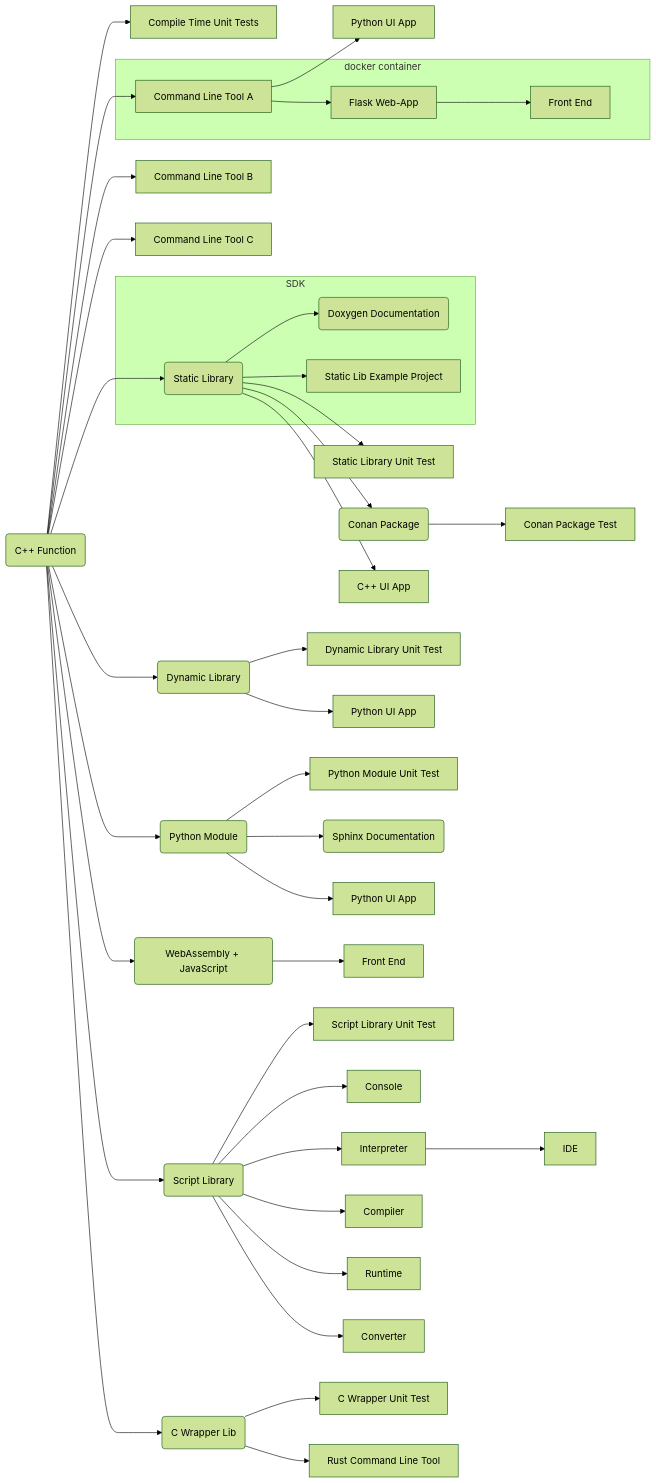
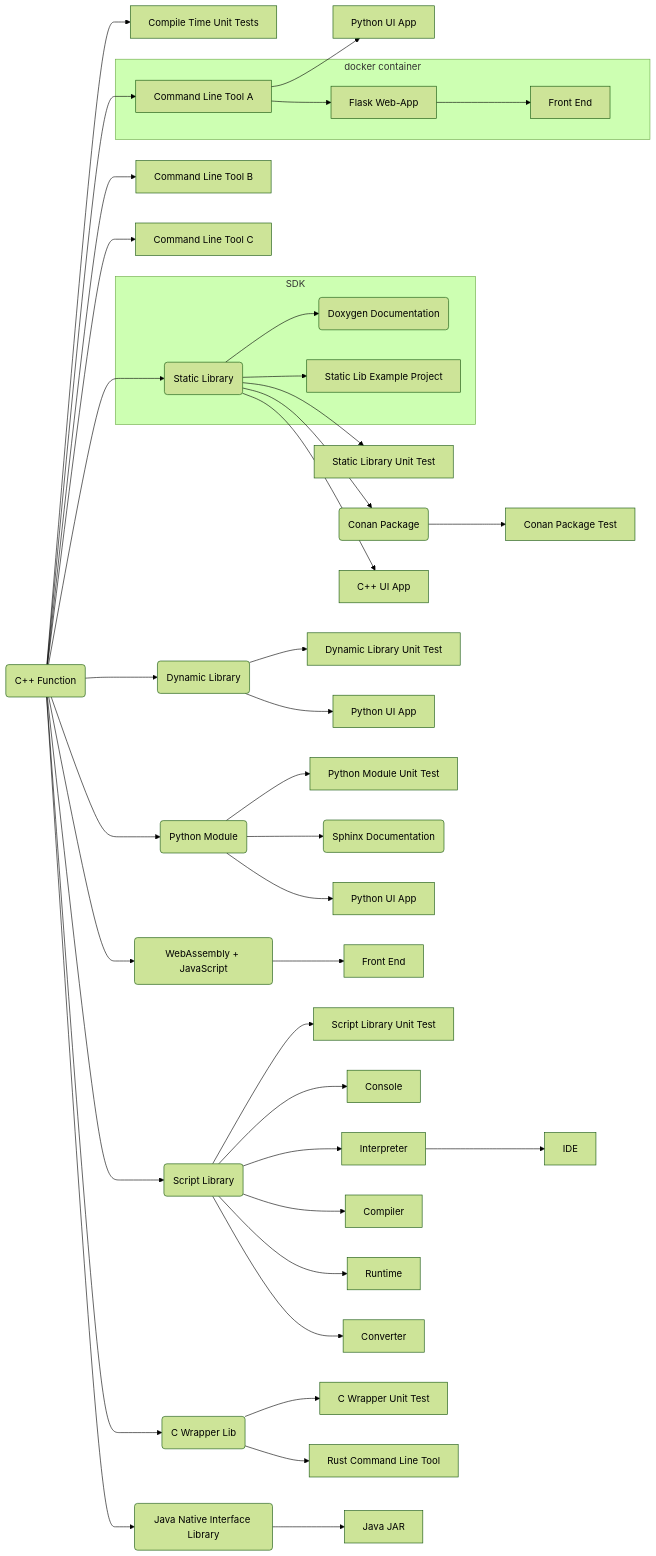
Before and after one commit to SebastianBach/full-stack: the diagram in README.md, drawn with Mermaid (forest theme). The commit also changed other lines of this file and 9 other files, not shown here.

````diff
--- a/README.md
+++ b/README.md
@@ -47,58 +49,61 @@
 ```mermaid
   flowchart LR;
 
     F(C++ Function) --> CUT[Compile Time Unit Tests];
 
     F --> CLI1[Command Line Tool A]
     F --> CLI2[Command Line Tool B]
     F --> CLI3[Command Line Tool C]
 
     CLI1 --> PYAPP2[Python UI App]
 
     F --> LIB(Static Library)
     
     subgraph SDK
     LIB --> DOXYGEN(Doxygen Documentation)
     LIB --> LIBEX[Static Lib Example Project]
     end
 
     LIB --> LIBTEST[Static Library Unit Test]
     LIB --> C(Conan Package)
 
     LIB --> QTCPP[C++ UI App]
 
     F --> DLL(Dynamic Library)
     DLL --> DLLTEST[Dynamic Library Unit Test]
     DLL --> QTPYDLL[Python UI App]
 
     C --> CT[Conan Package Test]
 
     F --> PY(Python Module)
 
     subgraph docker container
     CLI1 --> SERVER[Flask Web-App]
     SERVER --> FRONT[Front End]
     end
 
     PY --> PYTEST[Python Module Unit Test]
     PY --> SPHINX(Sphinx Documentation)
     PY --> PYAPP[Python UI App]
 
     F --> WASM(WebAssembly + JavaScript)
 
     WASM --> WASMF[Front End]
 
     F --> SCRIPTLIB(Script Library)
 
     SCRIPTLIB --> SCRIPT_TEST[Script Library Unit Test]
     SCRIPTLIB --> SCRIPT_CONSOLE[Console]
     SCRIPTLIB --> SCRIPT_INTERPRETER[Interpreter]
     SCRIPT_INTERPRETER --> SCRIPT_IDE[IDE]
     SCRIPTLIB --> SCRIPT_COMPILER[Compiler]
     SCRIPTLIB --> SCRIPT_RUNTIME[Runtime]
     SCRIPTLIB --> SCRIPT_CONVERT[Converter]
 
     F --> CWRAPPER(C Wrapper Lib)
     CWRAPPER --> CWRAPPER_TEST[C Wrapper Unit Test]
     CWRAPPER --> RUST_APP[Rust Command Line Tool]  
+
+    F --> JAVA_LIB(Java Native Interface Library)
+    JAVA_LIB --> JAVA_APP[Java JAR] 
 ```
````
